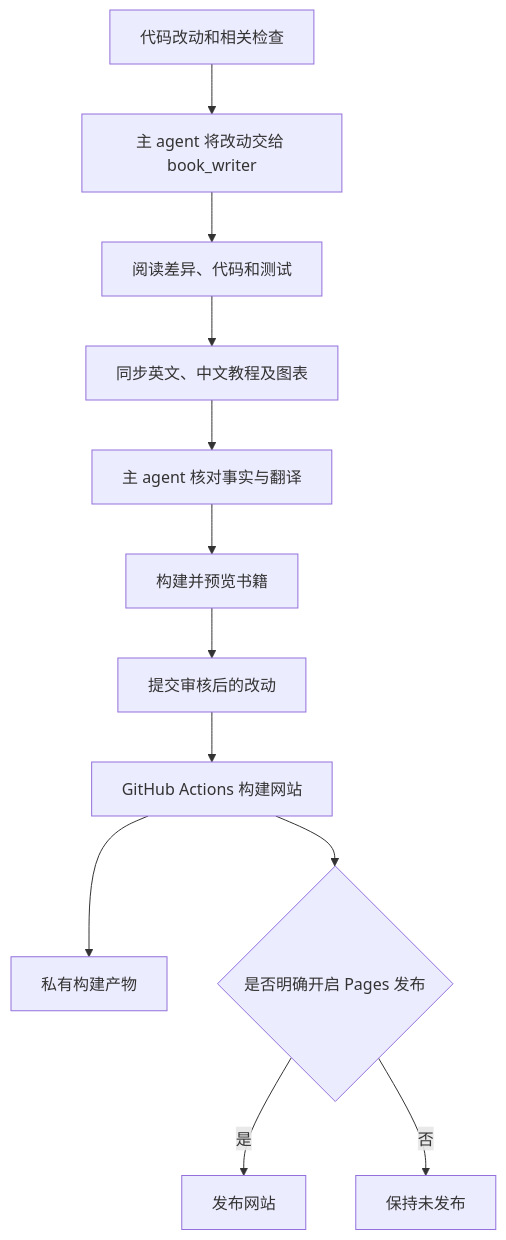
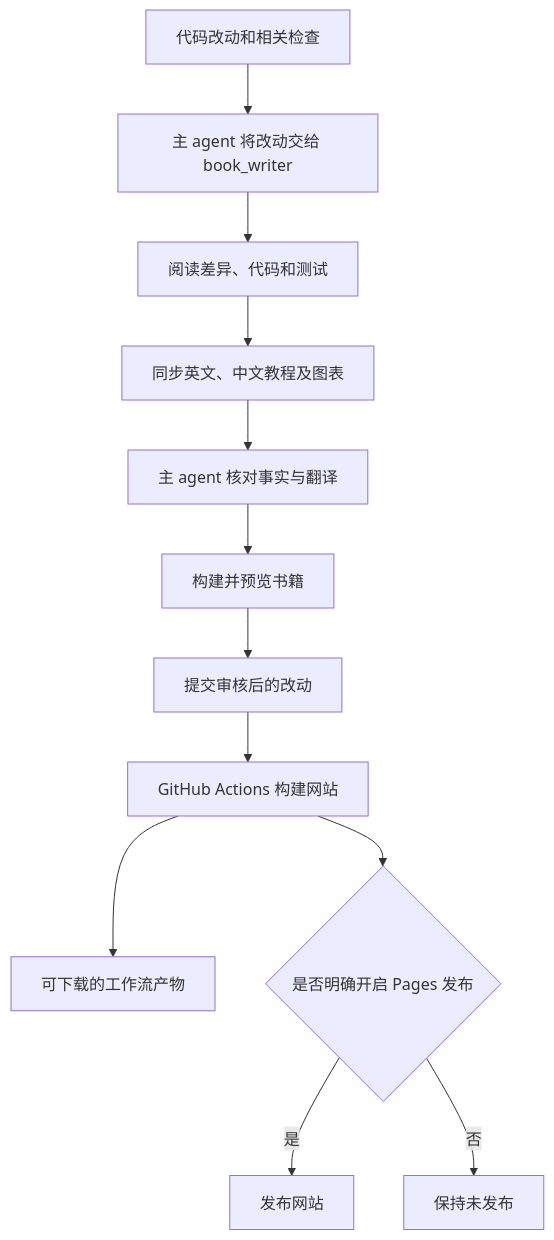
The diagram in docs/books/zh/maintaining-the-book.md (qshine/mino), drawn with Mermaid before and after one commit. The commit also changed other lines of this file and 11 other files, not shown here.

````diff
--- a/docs/books/zh/maintaining-the-book.md
+++ b/docs/books/zh/maintaining-the-book.md
@@ -17,16 +17,16 @@
 ```mermaid
 flowchart TD
     accTitle: 代码与教程的更新流程
     accDescr: Codex 完成代码修改和相关检查后，将文档交给写作 agent，审核双语内容并构建预览，再提交改动。GitHub 随后构建网站，公开发布默认关闭。
     A[代码改动和相关检查] --> B[主 agent 将改动交给 book_writer]
     B --> C[阅读差异、代码和测试]
     C --> D[同步英文、中文教程及图表]
     D --> E[主 agent 核对事实与翻译]
     E --> F[构建并预览书籍]
     F --> G[提交审核后的改动]
     G --> H[GitHub Actions 构建网站]
-    H --> I[私有构建产物]
+    H --> I[可下载的工作流产物]
     H --> J{是否明确开启 Pages 发布}
     J -->|是| K[发布网站]
     J -->|否| L[保持未发布]
 ```
````
